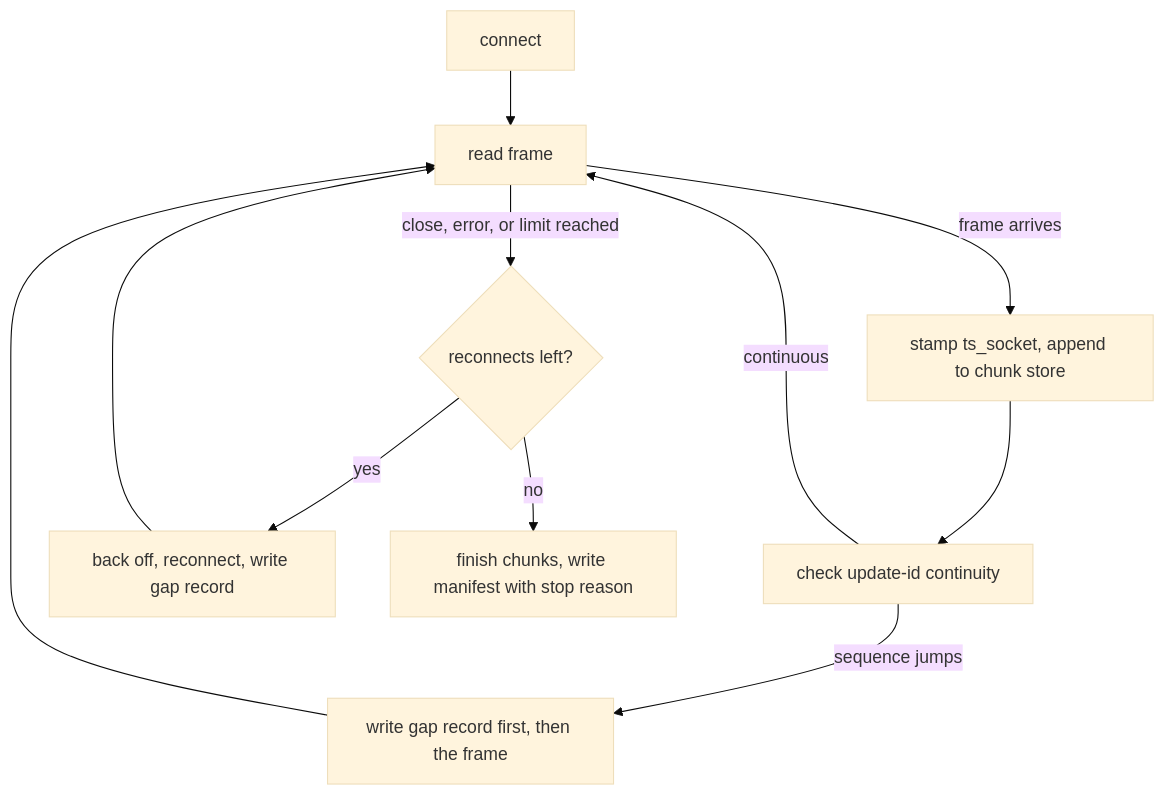
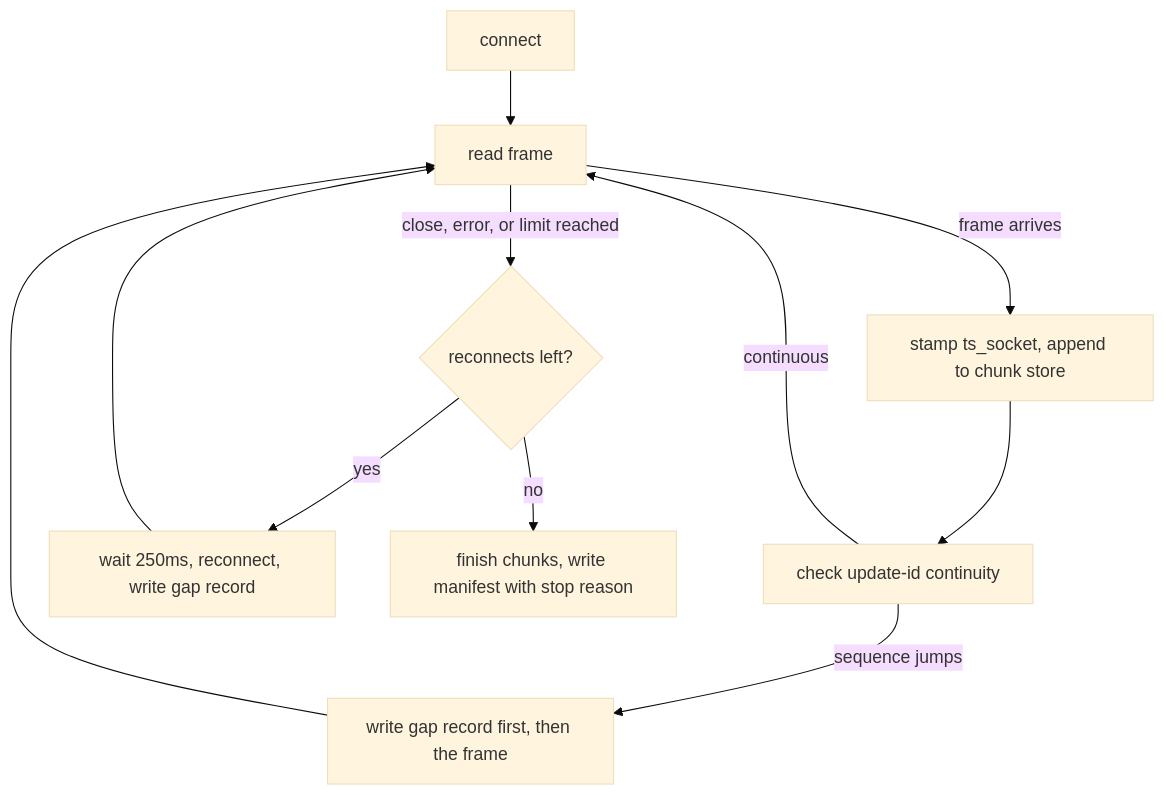
Before and after one commit to VarunGore36/AstralProject: the fifth of 6 diagrams in README.md, drawn with Mermaid (base theme). The commit also changed other lines of this file and 1 other file, not shown here.

````diff
--- a/README.md
+++ b/README.md
@@ -488,13 +494,13 @@
 ```mermaid
 flowchart TD
     A[connect] --> B[read frame]
     B -->|frame arrives| C[stamp ts_socket, append to chunk store]
     C --> D[check update-id continuity]
     D -->|continuous| B
     D -->|sequence jumps| E[write gap record first, then the frame]
     E --> B
     B -->|close, error, or limit reached| F{reconnects left?}
-    F -->|yes| G[back off, reconnect, write gap record]
+    F -->|yes| G[wait 250ms, reconnect, write gap record]
     G --> B
     F -->|no| H[finish chunks, write manifest with stop reason]
 ```
````
